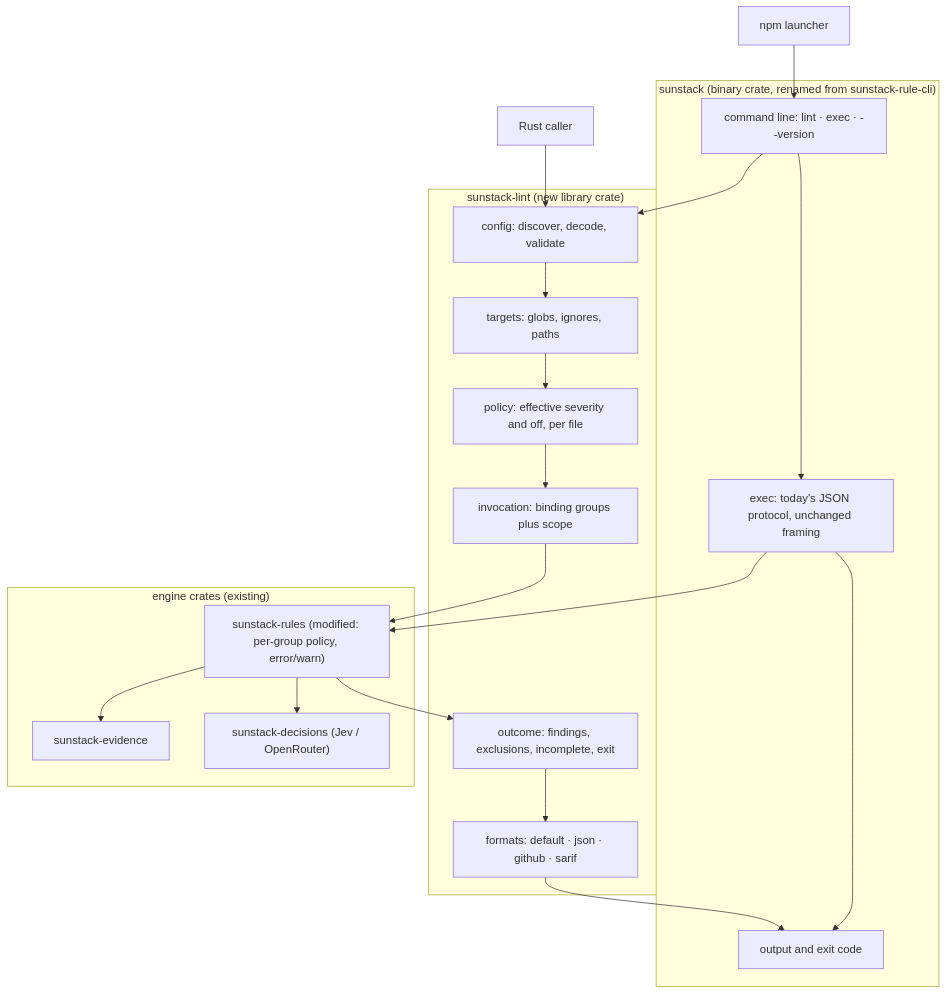
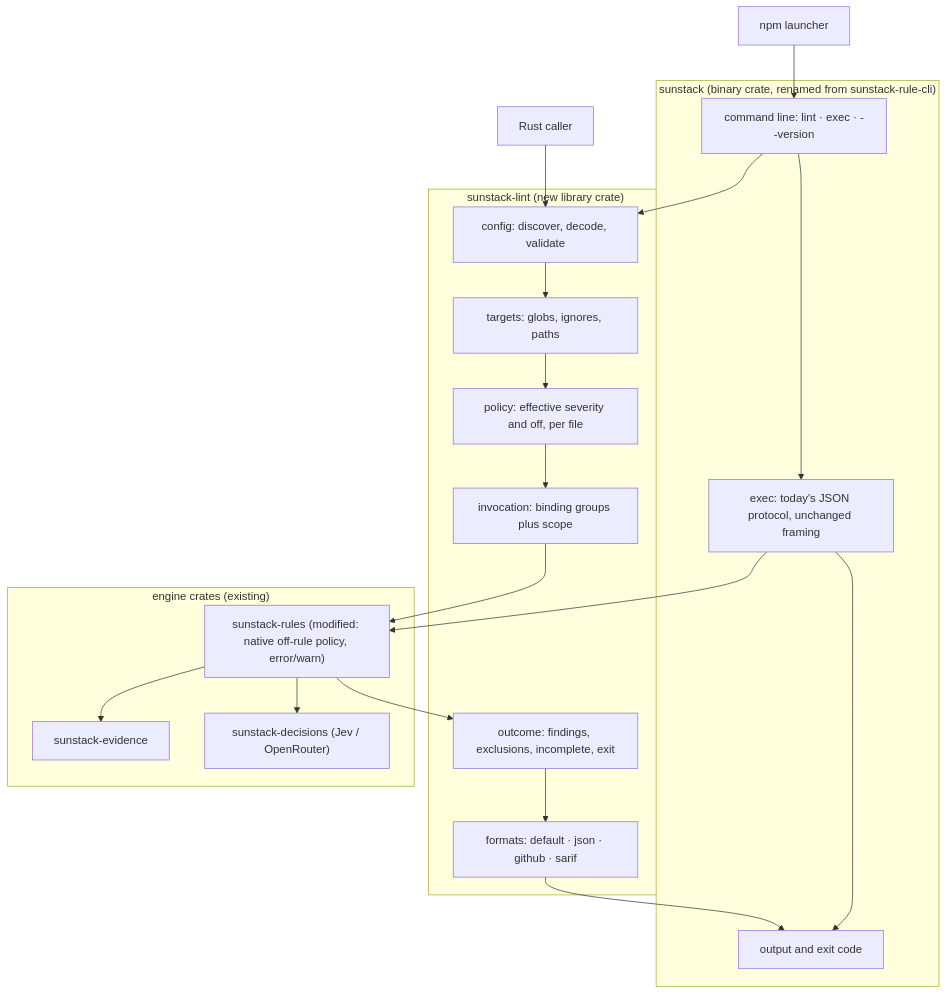
The first of 3 diagrams in docs/specs/2026-10-18-sunstack-runner/program-design.md (ShravanSunder/sunstack-tools), drawn with Mermaid before and after one commit. The commit also changed other lines of this file, not shown here.

````diff
--- a/docs/specs/2026-10-18-sunstack-runner/program-design.md
+++ b/docs/specs/2026-10-18-sunstack-runner/program-design.md
@@ -7,29 +7,29 @@
 ```mermaid
 flowchart TB
   subgraph bin["sunstack (binary crate, renamed from sunstack-rule-cli)"]
     args["command line: lint · exec · --version"]
     exec["exec: today's JSON protocol, unchanged framing"]
     out["output and exit code"]
   end
   subgraph lintlib["sunstack-lint (new library crate)"]
     cfg["config: discover, decode, validate"]
     sel["targets: globs, ignores, paths"]
     pol["policy: effective severity and off, per file"]
     inv["invocation: binding groups plus scope"]
     res["outcome: findings, exclusions, incomplete, exit"]
     fmt["formats: default · json · github · sarif"]
   end
   subgraph engine["engine crates (existing)"]
-    rules["sunstack-rules (modified: per-group policy, error/warn)"]
+    rules["sunstack-rules (modified: native off-rule policy, error/warn)"]
     evid["sunstack-evidence"]
     dec["sunstack-decisions (Jev / OpenRouter)"]
   end
   args --> exec --> rules
   args --> cfg --> sel --> pol --> inv --> rules
   rules --> evid
   rules --> dec
   rules --> res --> fmt --> out
   exec --> out
   rust["Rust caller"] --> cfg
   npm["npm launcher"] --> args
 ```
````
